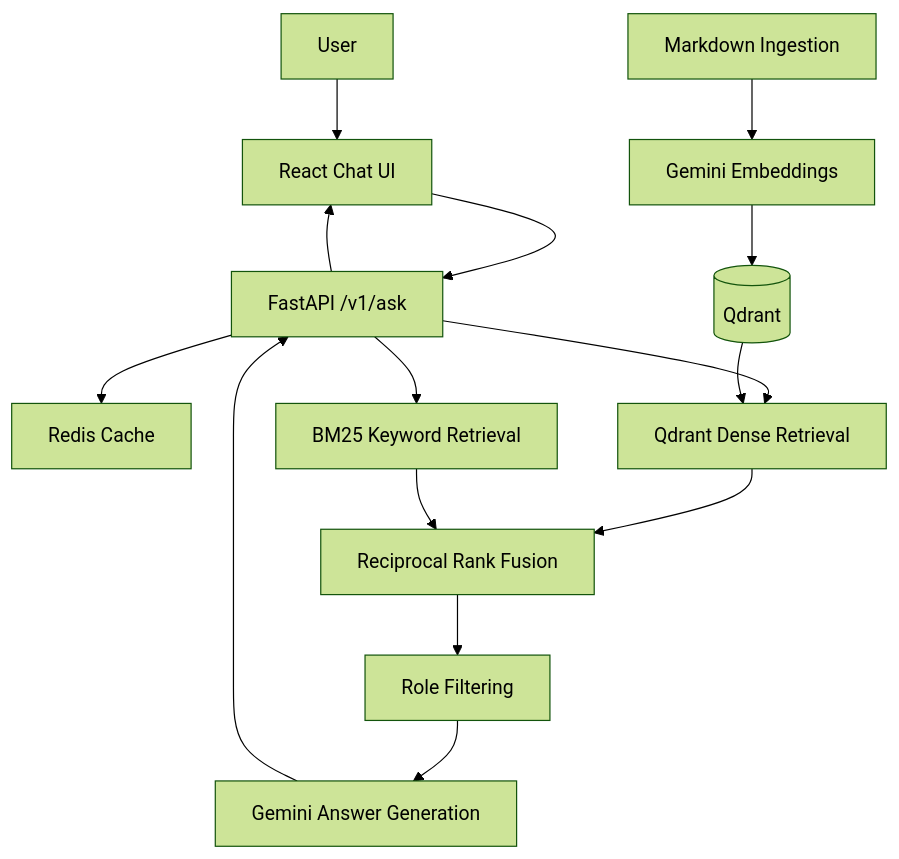
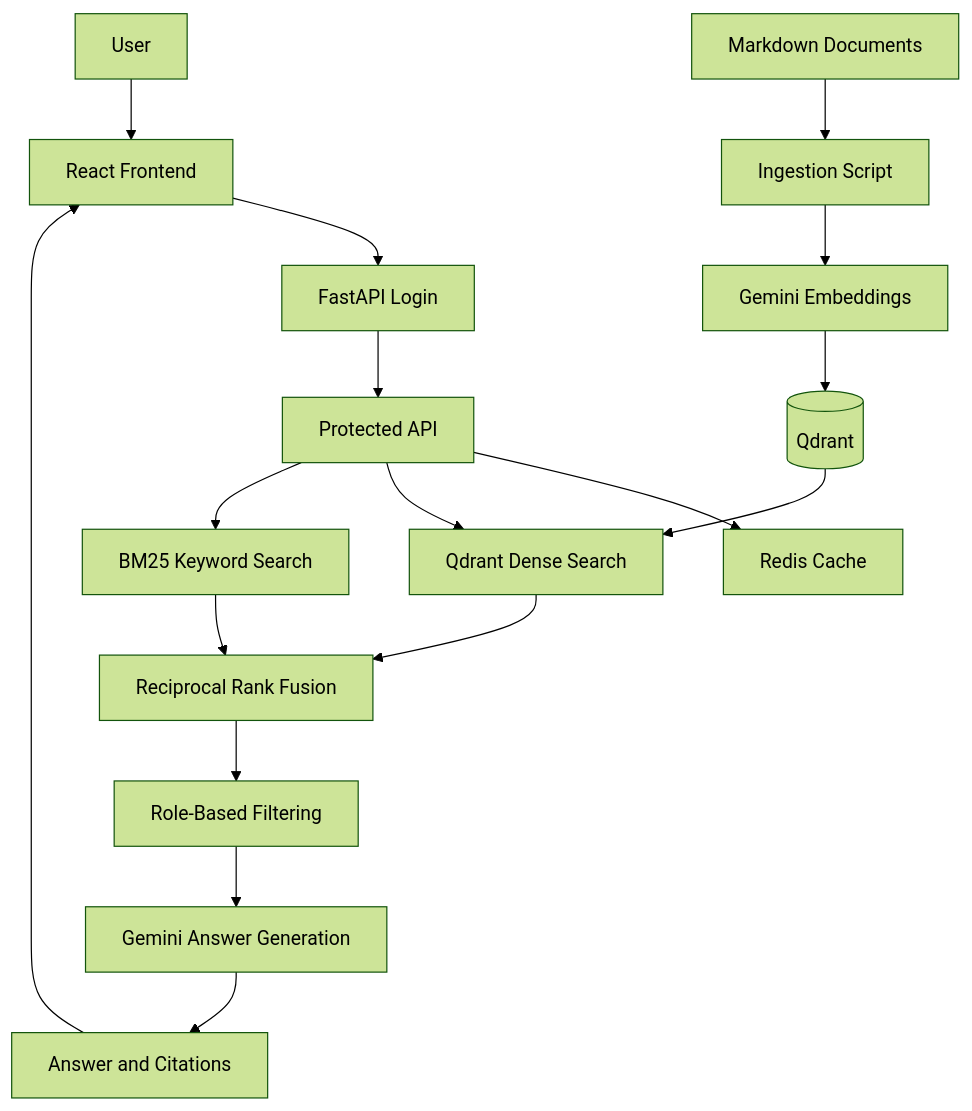
The diagram in frontend/README.md (akhiljatoth/meridian-engineering-copilot), drawn with Mermaid (forest theme) before and after one commit. The commit also changed other lines of this file and 1 other file, not shown here.

````diff
--- a/frontend/README.md
+++ b/frontend/README.md
@@ -20,17 +40,19 @@
 ```mermaid
 flowchart TD
-    U[User] --> UI[React Chat UI]
-    UI --> API[FastAPI /v1/ask]
+    USER[User] --> UI[React Frontend]
+    UI --> AUTH[FastAPI Login]
+    AUTH --> API[Protected API]
     API --> CACHE[Redis Cache]
-    API --> DENSE[Qdrant Dense Retrieval]
-    API --> BM25[BM25 Keyword Retrieval]
+    API --> DENSE[Qdrant Dense Search]
+    API --> BM25[BM25 Keyword Search]
     DENSE --> RRF[Reciprocal Rank Fusion]
     BM25 --> RRF
-    RRF --> FILTER[Role Filtering]
+    RRF --> FILTER[Role-Based Filtering]
     FILTER --> GEN[Gemini Answer Generation]
-    GEN --> API
-    API --> UI
-    INGEST[Markdown Ingestion] --> EMB[Gemini Embeddings]
-    EMB --> QDRANT[(Qdrant)]
-    QDRANT --> DENSE
+    GEN --> RESP[Answer and Citations]
+    RESP --> UI
+    DOCS[Markdown Documents] --> INGEST[Ingestion Script]
+    INGEST --> EMB[Gemini Embeddings]
+    EMB --> DB[(Qdrant)]
+    DB --> DENSE
 ```
````
